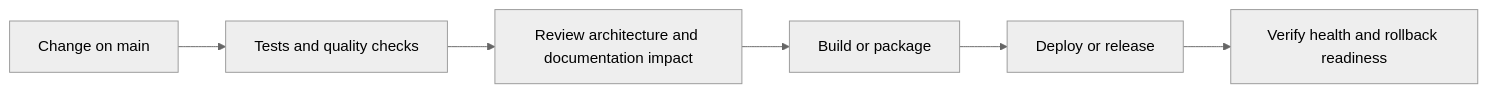
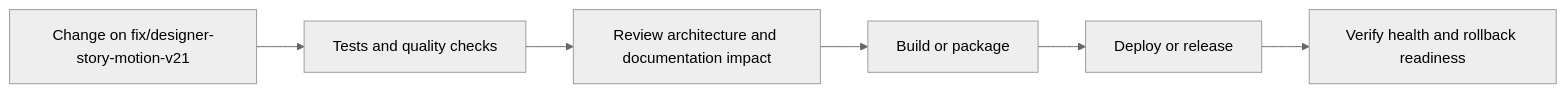
The seventh of 8 diagrams in README.md (Nischhalsubba/nischhalsubba.com.np), drawn with Mermaid (neutral theme) before and after one commit. The commit also changed other lines of this file, not shown here.

Commit message:
docs: apply designer README standard

````diff
--- a/README.md
+++ b/README.md
@@ -218,8 +218,8 @@
 ```mermaid
 flowchart LR
-    CHANGE["Change on main"] --> CHECK["Tests and quality checks"]
+    CHANGE["Change on fix/designer-story-motion-v21"] --> CHECK["Tests and quality checks"]
     CHECK --> REVIEW["Review architecture and documentation impact"]
     REVIEW --> BUILD["Build or package"]
     BUILD --> DEPLOY["Deploy or release"]
     DEPLOY --> VERIFY["Verify health and rollback readiness"]
 ```
````
